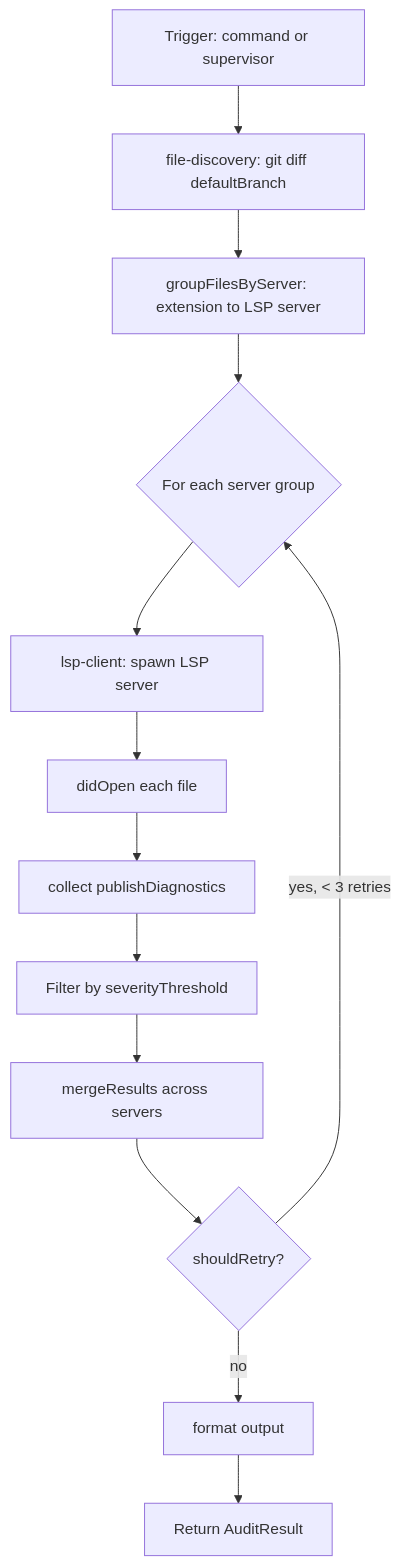
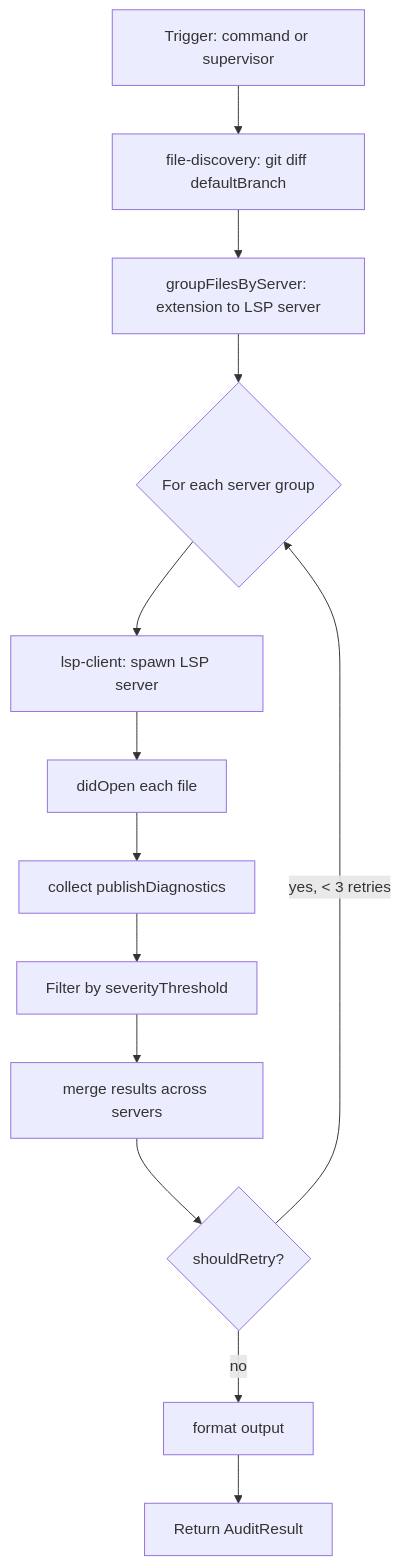
One commit to SchneiderDaniel/cheasee-pi changed the diagram in .pi/extensions/lsp-auditor/README.md. Above: the diagram before and after it, drawn with Mermaid. The commit also changed other lines of this file and 6 other files, not shown here.

Commit message:
feat(#1163): Dead Code: lsp-auditor - mergeResults function in formatting.ts is dead

````diff
--- a/.pi/extensions/lsp-auditor/README.md
+++ b/.pi/extensions/lsp-auditor/README.md
@@ -163,15 +163,15 @@
 ```mermaid
 flowchart TD
     A[Trigger: command or supervisor] --> B[file-discovery: git diff defaultBranch]
     B --> C[groupFilesByServer: extension to LSP server]
     C --> D{For each server group}
     D --> E[lsp-client: spawn LSP server]
     E --> F[didOpen each file]
     F --> G[collect publishDiagnostics]
     G --> H[Filter by severityThreshold]
-    H --> I[mergeResults across servers]
+    H --> I[merge results across servers]
     I --> J{shouldRetry?}
     J -- yes, < 3 retries --> D
     J -- no --> K[format output]
     K --> L[Return AuditResult]
 ```
````
